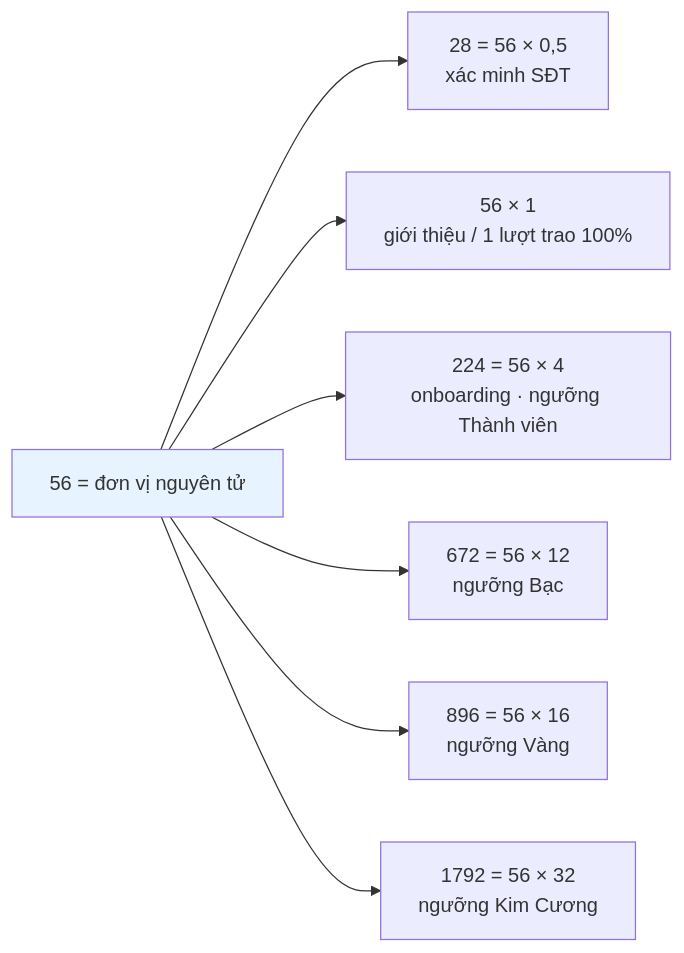
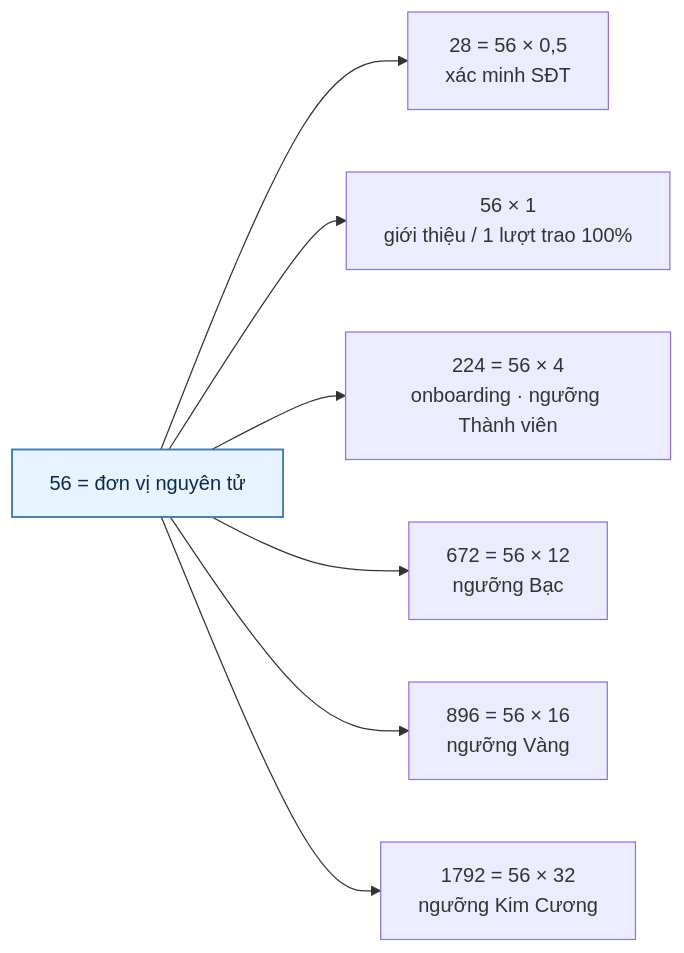
The third of 7 diagrams in docs/diagram/11-point.md (fdshn/trueheart), drawn with Mermaid before and after one commit. The commit also changed other lines of this file and 30 other files, not shown here.

First line of the commit message:
docs(diagram): chữ trong khối tô màu đọc được ở cả giao diện sáng và tối

````diff
--- a/docs/diagram/11-point.md
+++ b/docs/diagram/11-point.md
@@ -75,11 +75,11 @@
 ```mermaid
 flowchart LR
     U["56 = đơn vị nguyên tử"] --> A["28 = 56 × 0,5<br/>xác minh SĐT"]
     U --> B["56 × 1<br/>giới thiệu / 1 lượt trao 100%"]
     U --> C["224 = 56 × 4<br/>onboarding · ngưỡng Thành viên"]
     U --> D["672 = 56 × 12<br/>ngưỡng Bạc"]
     U --> E["896 = 56 × 16<br/>ngưỡng Vàng"]
     U --> F["1792 = 56 × 32<br/>ngưỡng Kim Cương"]
 
-    style U fill:#e7f3ff
+    style U fill:#e7f3ff,stroke:#3d7ab8,stroke-width:1.5px,color:#0d2a4a
 ```
````
